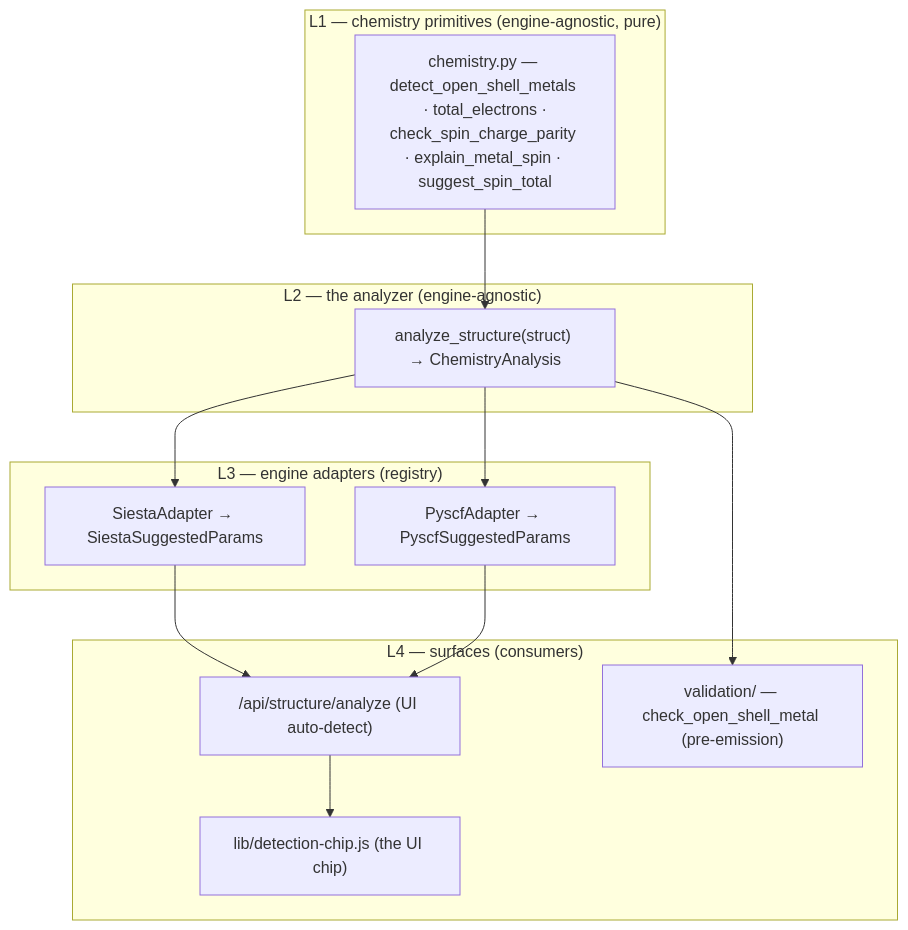
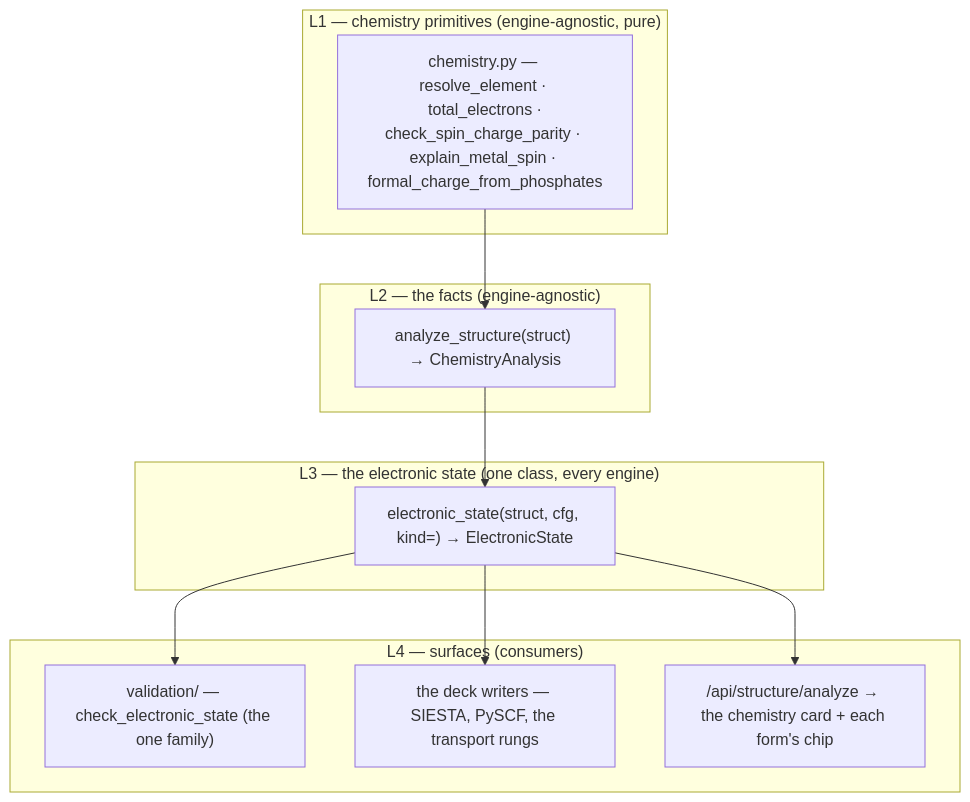
Before and after one commit to Qing-LAB/molbuilder: the first of 3 diagrams in docs/science/validation.md, drawn with Mermaid. The commit also changed other lines of this file and 142 other files, not shown here.

````diff
--- a/docs/science/validation.md
+++ b/docs/science/validation.md
@@ -28,23 +31,21 @@
 ```mermaid
 flowchart TB
     subgraph L1["L1 — chemistry primitives (engine-agnostic, pure)"]
-        chem["chemistry.py — detect_open_shell_metals · total_electrons ·<br/>check_spin_charge_parity · explain_metal_spin · suggest_spin_total"]
+        chem["chemistry.py — resolve_element · total_electrons ·<br/>check_spin_charge_parity · explain_metal_spin · formal_charge_from_phosphates"]
     end
-    subgraph L2["L2 — the analyzer (engine-agnostic)"]
+    subgraph L2["L2 — the facts (engine-agnostic)"]
         an["analyze_structure(struct) → ChemistryAnalysis"]
     end
-    subgraph L3["L3 — engine adapters (registry)"]
-        si["SiestaAdapter → SiestaSuggestedParams"]
-        py["PyscfAdapter → PyscfSuggestedParams"]
+    subgraph L3["L3 — the electronic state (one class, every engine)"]
+        es["electronic_state(struct, cfg, kind=) → ElectronicState"]
     end
     subgraph L4["L4 — surfaces (consumers)"]
-        api["/api/structure/analyze (UI auto-detect)"]
-        val["validation/ — check_open_shell_metal (pre-emission)"]
-        chip["lib/detection-chip.js (the UI chip)"]
+        val["validation/ — check_electronic_state (the one family)"]
+        deck["the deck writers — SIESTA, PySCF, the transport rungs"]
+        api["/api/structure/analyze → the chemistry card + each form's chip"]
     end
-    chem --> an
-    an --> si --> api
-    an --> py --> api
-    an --> val
-    api --> chip
+    chem --> an --> es
+    es --> val
+    es --> deck
+    es --> api
 ```
````
